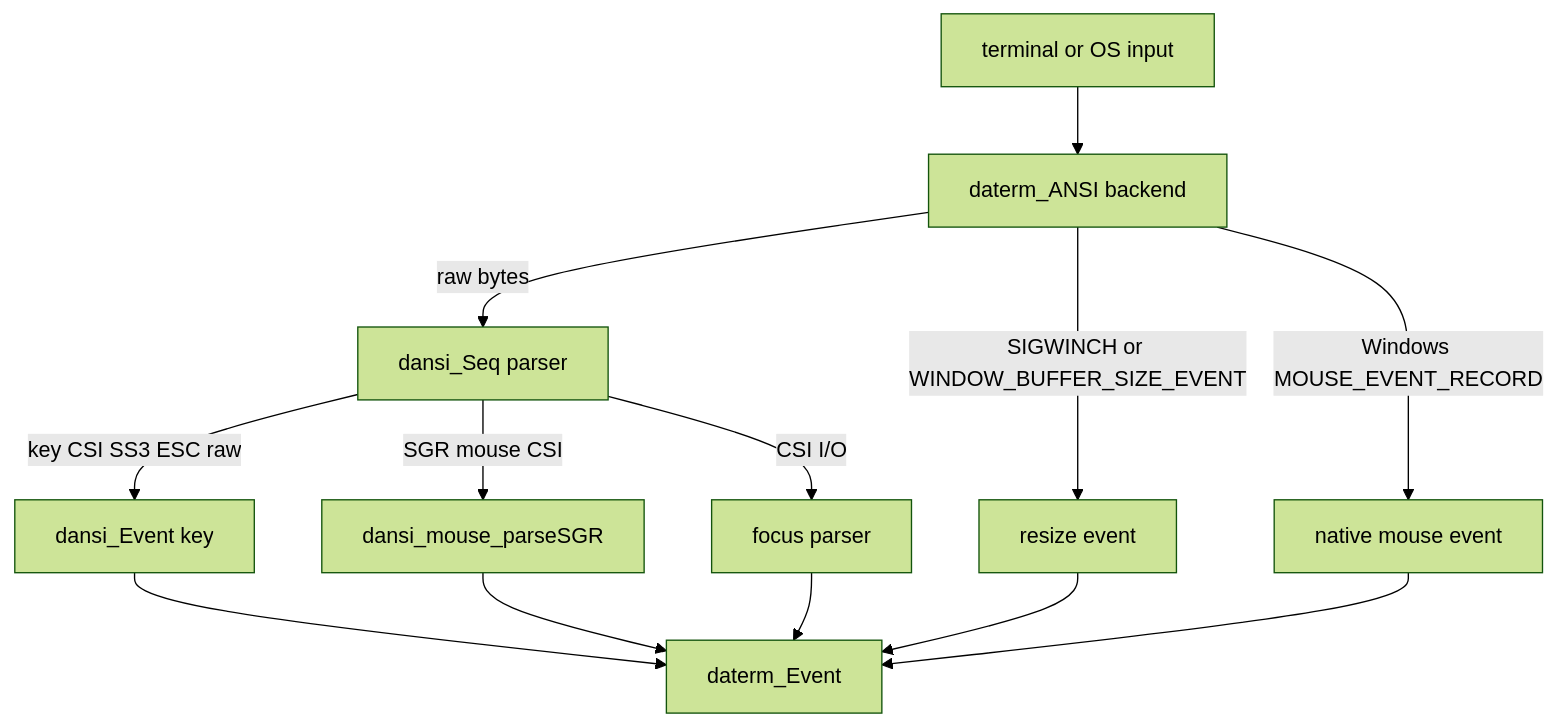
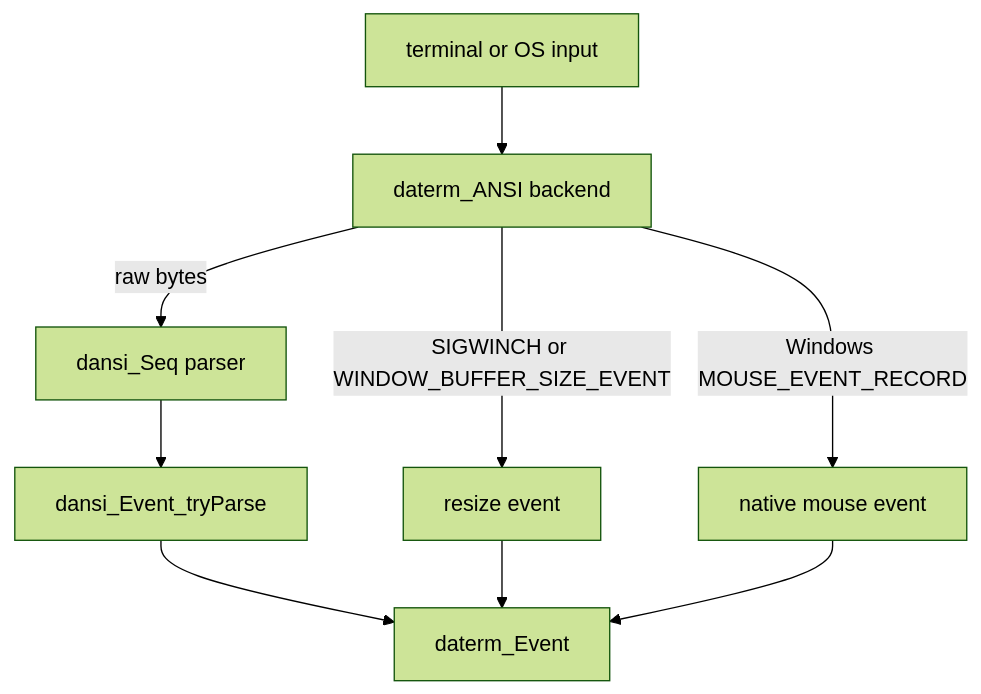
Before and after one commit to coding-pelican/dasae-headers: the diagram in dh-examples/daterm/README.md, drawn with Mermaid (forest theme). The commit also changed other lines of this file and 42 other files, not shown here.

````diff
--- a/dh-examples/daterm/README.md
+++ b/dh-examples/daterm/README.md
@@ -201,15 +200,11 @@
 ```mermaid
 flowchart TD
     T[terminal or OS input] --> B[daterm_ANSI backend]
     B -->|raw bytes| S[dansi_Seq parser]
-    S -->|key CSI SS3 ESC raw| K[dansi_Event key]
-    S -->|SGR mouse CSI| M[dansi_mouse_parseSGR]
-    S -->|CSI I/O| F[focus parser]
+    S --> P[dansi_Event_tryParse]
     B -->|SIGWINCH or WINDOW_BUFFER_SIZE_EVENT| R[resize event]
     B -->|Windows MOUSE_EVENT_RECORD| WM[native mouse event]
-    K --> E[daterm_Event]
-    M --> E
-    F --> E
+    P --> E[daterm_Event]
     R --> E
     WM --> E
 ```
````
